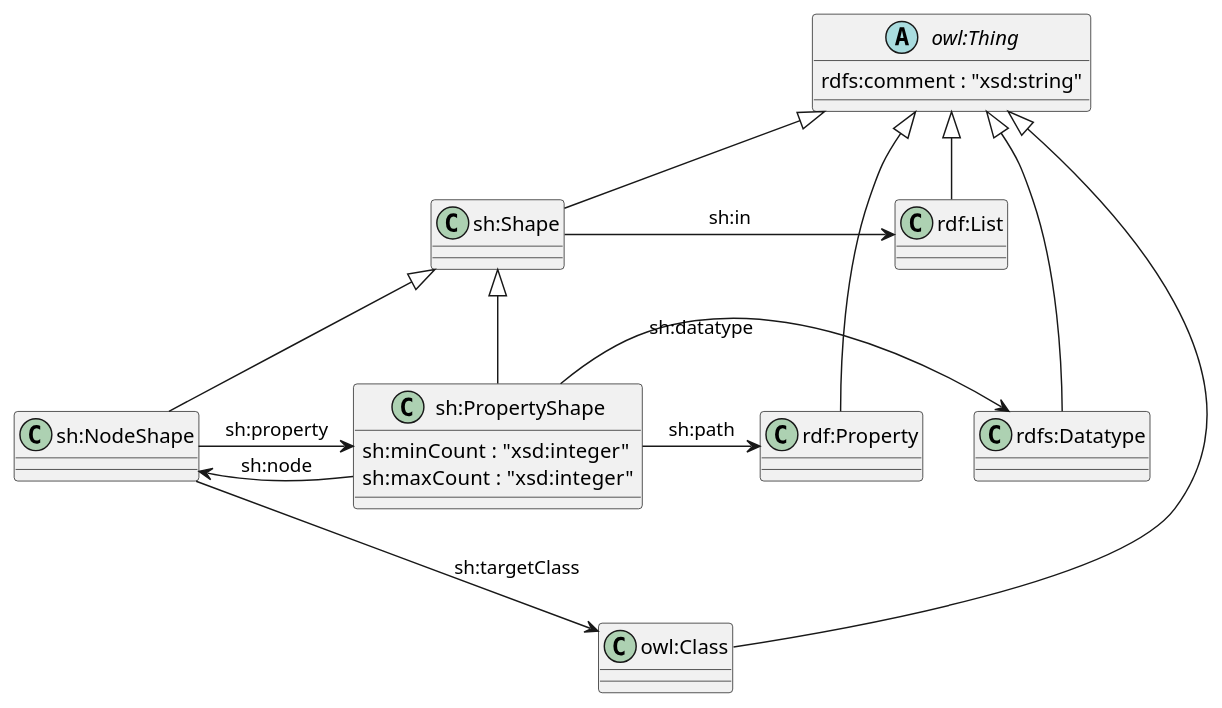
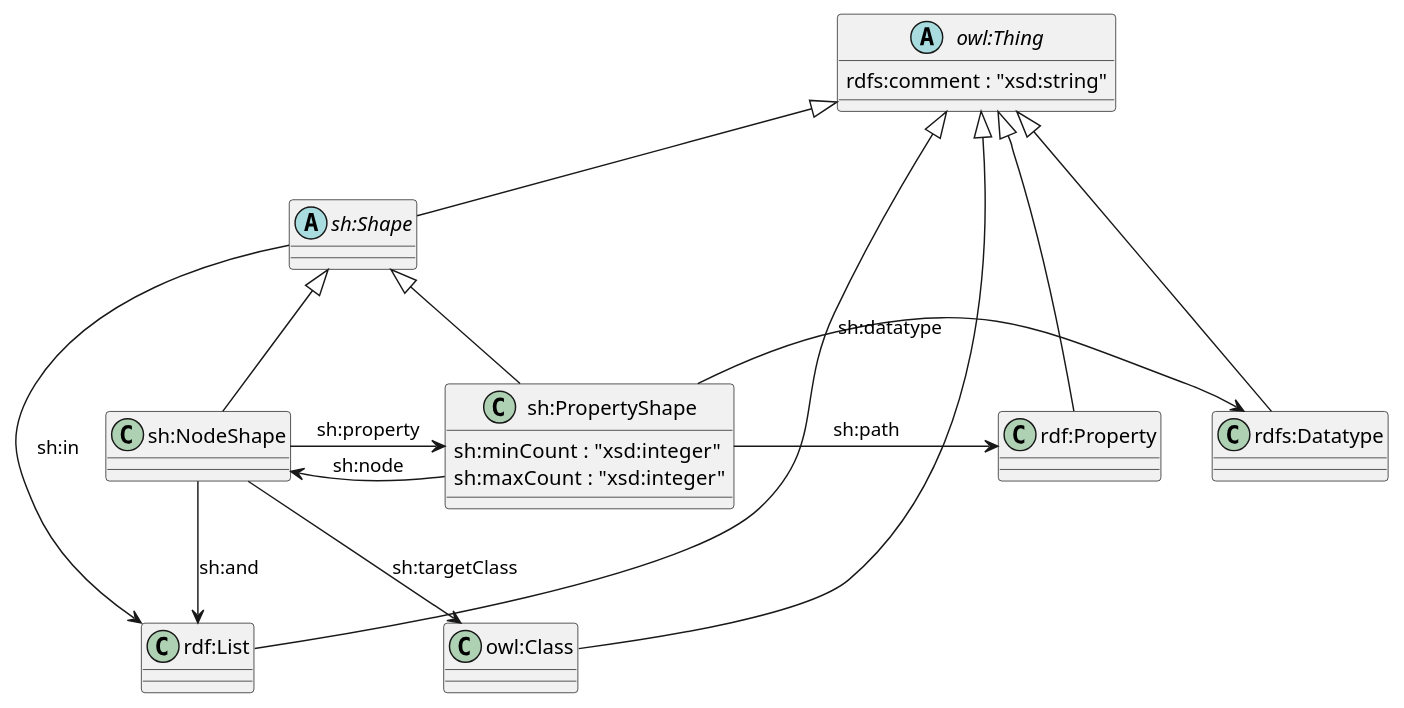
Before and after one commit to alliander-opensource/SchemaTransformer: the diagram in documentation/figures/ConstraintDiagram.plantuml, drawn with PlantUML. The commit also changed 4 other files, not shown here.

```diff
--- a/documentation/figures/ConstraintDiagram.plantuml
+++ b/documentation/figures/ConstraintDiagram.plantuml
@@ -1,35 +1,35 @@
 @startuml ConstraintDiagram
 
-class "sh:Shape"
+abstract class "sh:Shape"
 class "owl:Class"
+class "rdf:List" 
 class "sh:NodeShape" 
 class "rdfs:Datatype"
+class "rdf:Property" 
 class "sh:PropertyShape" {
     sh:minCount :  "xsd:integer"
     sh:maxCount :  "xsd:integer"
 }
-class "rdf:List" 
-class "rdf:Property" 
 abstract class "owl:Thing" { 
  rdfs:comment : "xsd:string" 
 }
 
 "owl:Thing" <|--  "rdf:Property"
-
 "owl:Thing" <|--  "rdfs:Datatype"
 "owl:Thing" <|--  "sh:Shape"
 "owl:Thing" <|--  "owl:Class"
 "owl:Thing" <|--  "rdf:List"
 
 "sh:Shape" <|--   "sh:NodeShape"
 "sh:Shape" <|--   "sh:PropertyShape"
 
+"sh:Shape" -> "rdf:List" : "sh:in"
+"sh:NodeShape" --> "rdf:List" : "sh:and"
 "sh:NodeShape" --> "sh:PropertyShape" : "sh:property"
 "sh:NodeShape" --> "owl:Class" : "sh:targetClass"
 "sh:PropertyShape" -> "rdf:Property" : "sh:path"
-"sh:Shape" -> "rdf:List" : "sh:in"
 "sh:PropertyShape" -> "sh:NodeShape" : "sh:node"
 "sh:PropertyShape" -> "rdfs:Datatype" : "sh:datatype"
 
 
 @enduml
```
